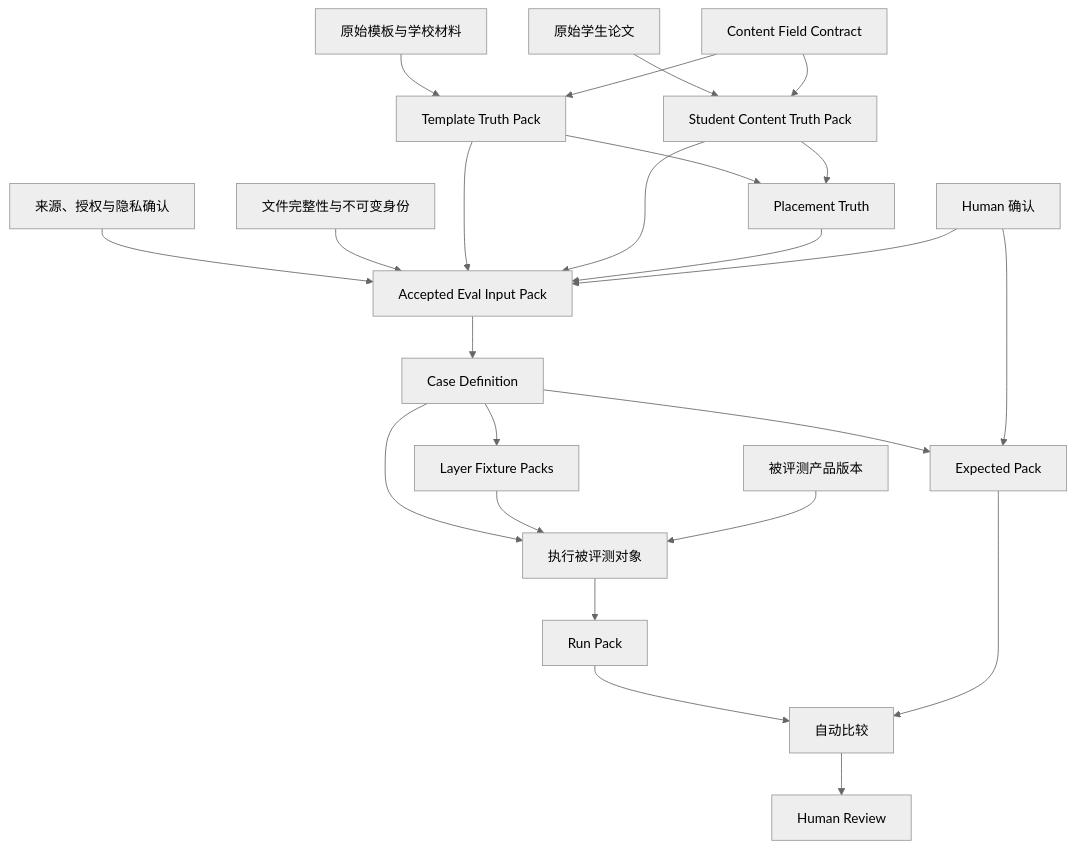
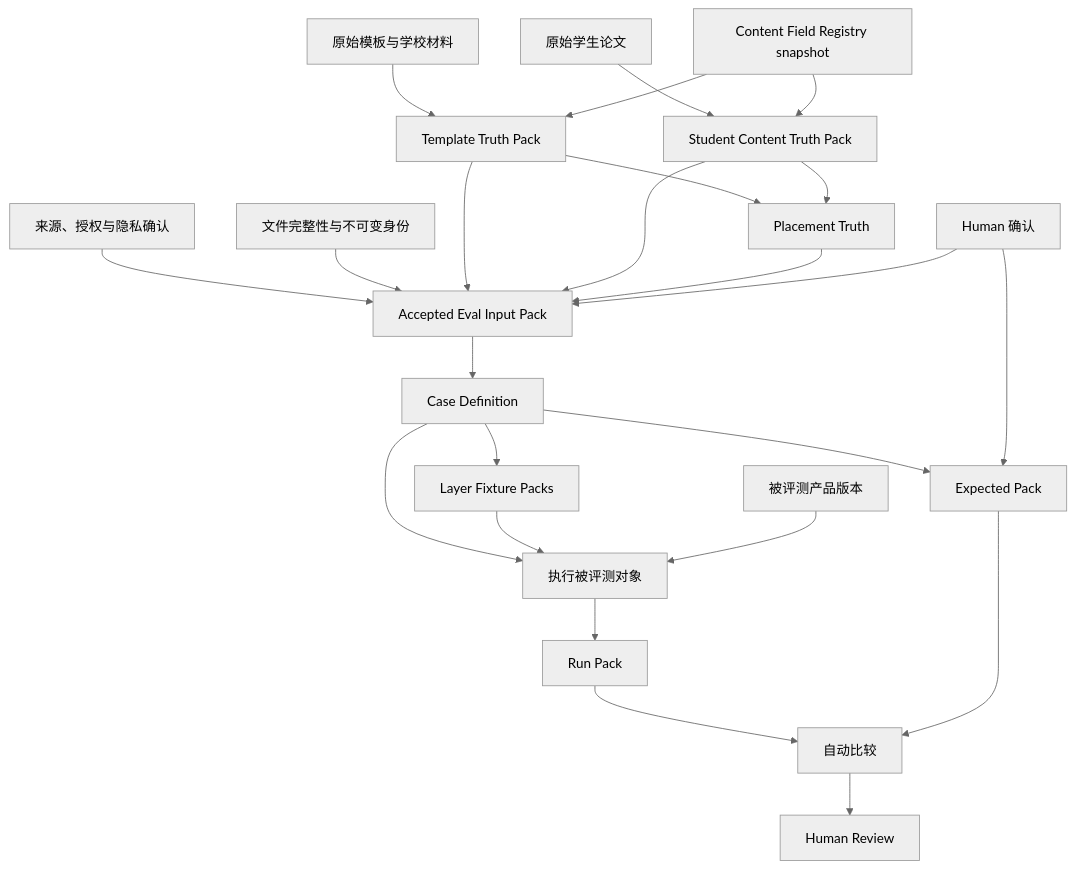
The sixth of 9 diagrams in docs/human/eval-data-system-and-pipeline-discussion.md (bamao88/0730), drawn with Mermaid (neutral theme) before and after one commit. The commit also changed other lines of this file and 108 other files, not shown here.

````diff
--- a/docs/human/eval-data-system-and-pipeline-discussion.md
+++ b/docs/human/eval-data-system-and-pipeline-discussion.md
@@ -817,26 +828,26 @@
 ```mermaid
 flowchart TB
     RAW_TEMPLATE["原始模板与学校材料"] --> TEMPLATE["Template Truth Pack"]
     RAW_STUDENT["原始学生论文"] --> STUDENT["Student Content Truth Pack"]
-    FIELDS["Content Field Contract"] --> TEMPLATE
+    FIELDS["Content Field Registry snapshot"] --> TEMPLATE
     FIELDS --> STUDENT
     TEMPLATE --> PLACEMENT["Placement Truth"]
     STUDENT --> PLACEMENT
     AUTH["来源、授权与隐私确认"] --> ASSET["Accepted Eval Input Pack"]
     HASH["文件完整性与不可变身份"] --> ASSET
     TEMPLATE --> ASSET
     STUDENT --> ASSET
     PLACEMENT --> ASSET
     ASSET --> CASE["Case Definition"]
     CASE --> EXPECTED["Expected Pack"]
     CASE --> DERIVED["Layer Fixture Packs"]
     HUMAN["Human 确认"] --> EXPECTED
     HUMAN --> ASSET
     CASE --> EXECUTE["执行被评测对象"]
     DERIVED --> EXECUTE
     VERSION["被评测产品版本"] --> EXECUTE
     EXECUTE --> RUN["Run Pack"]
     RUN --> COMPARE["自动比较"]
     EXPECTED --> COMPARE
     COMPARE --> REVIEW["Human Review"]
 ```
````
